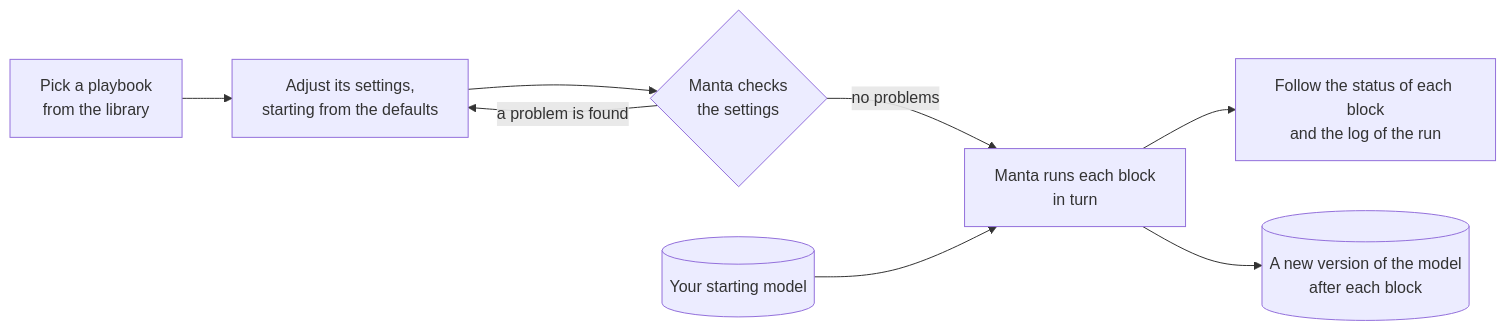
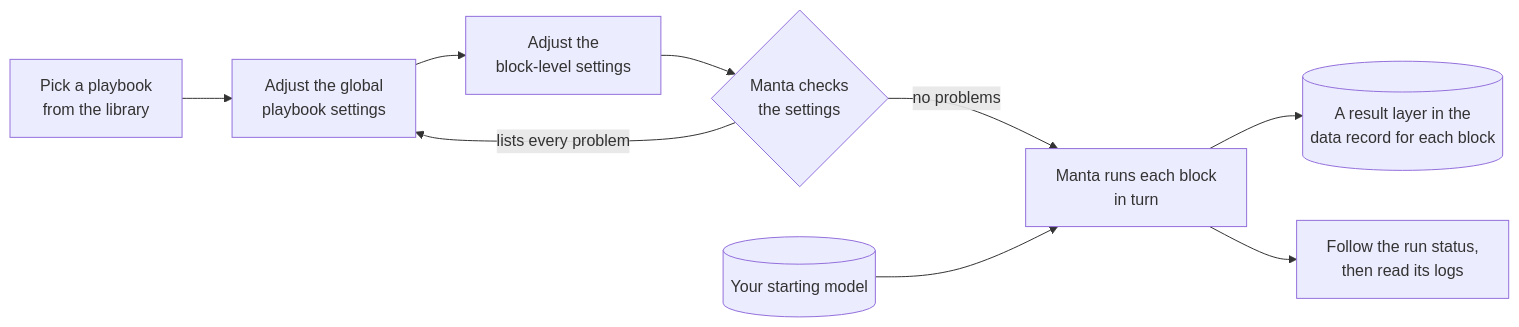
The second of 2 diagrams in docs/user-guide/playbooks.md (manta-plan/manta), drawn with Mermaid before and after one commit. The commit also changed other lines of this file and 3 other files, not shown here.

````diff
--- a/docs/user-guide/playbooks.md
+++ b/docs/user-guide/playbooks.md
@@ -48,10 +53,11 @@
 ```mermaid
 flowchart LR
-    pick["Pick a playbook<br/>from the library"] --> adjust["Adjust its settings,<br/>starting from the defaults"]
-    adjust --> check{"Manta checks<br/>the settings"}
-    check -- "a problem is found" --> adjust
+    pick["Pick a playbook<br/>from the library"] --> globals["Adjust the global<br/>playbook settings"]
+    globals --> blocks["Adjust the<br/>block-level settings"]
+    blocks --> check{"Manta checks<br/>the settings"}
+    check -- "lists every problem" --> globals
     check -- "no problems" --> run["Manta runs each block<br/>in turn"]
     model[("Your starting model")] --> run
-    run --> look["Follow the status of each block<br/>and the log of the run"]
-    run --> versions[("A new version of the model<br/>after each block")]
+    run --> layers[("A result layer in the<br/>data record for each block")]
+    run --> look["Follow the run status,<br/>then read its logs"]
 ```
````
